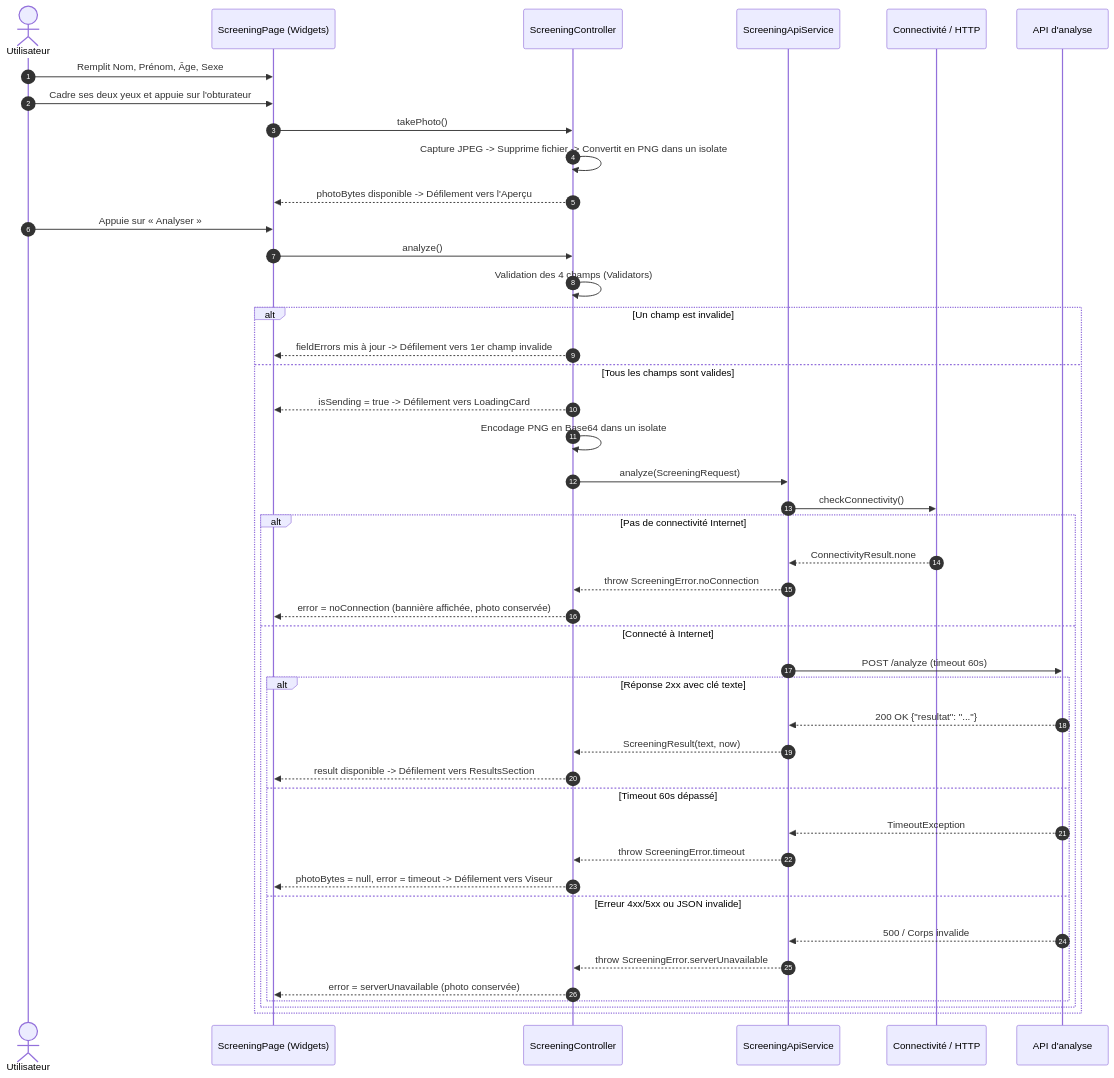
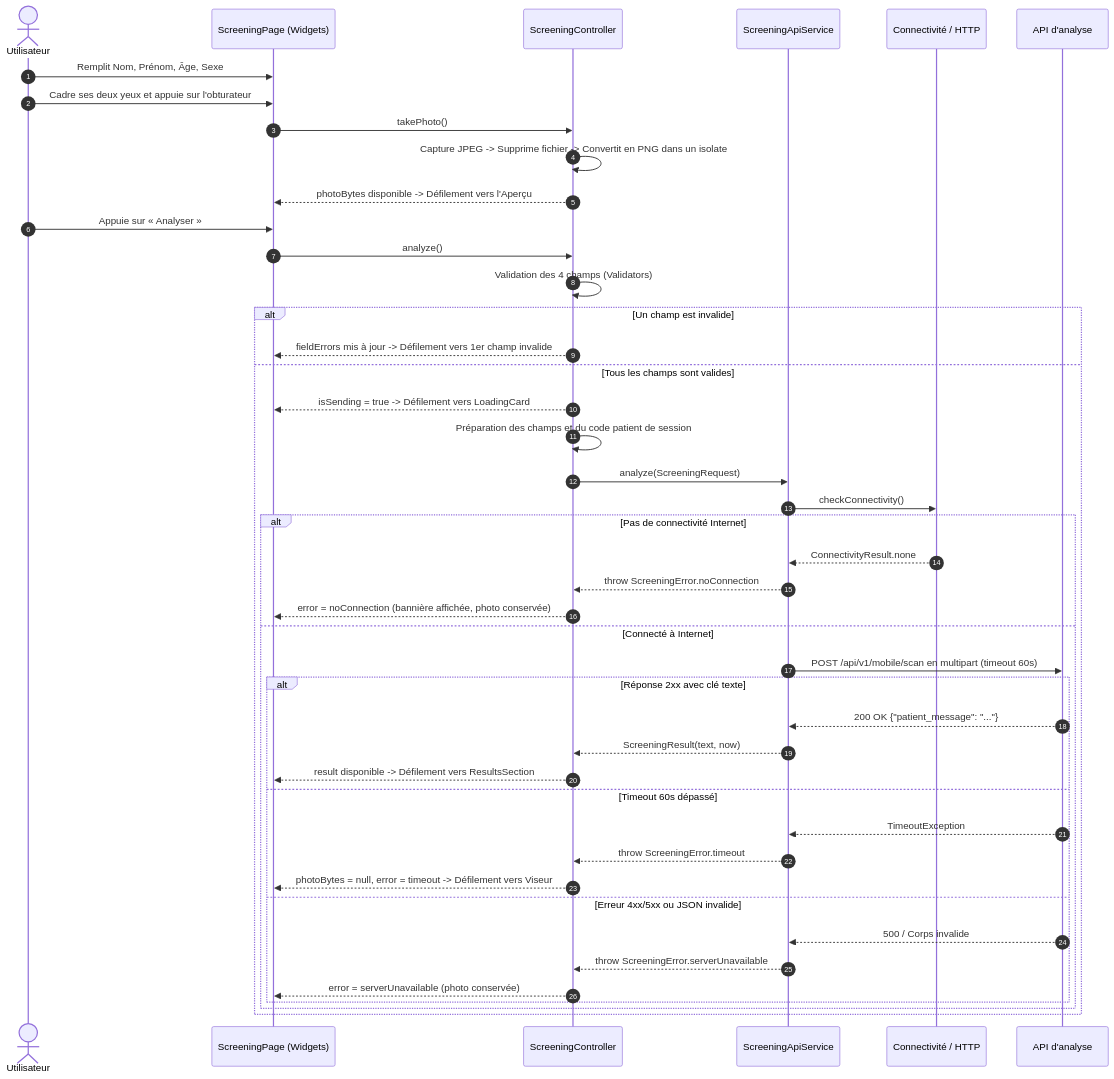
One commit to TresorAlad/Retinopathie changed the third of 3 diagrams in depiste_retino/docs/ARCHITECTURE.md. Above: the diagram before and after it, drawn with Mermaid. The commit also changed other lines of this file and 30 other files, not shown here.

````diff
--- a/depiste_retino/docs/ARCHITECTURE.md
+++ b/depiste_retino/docs/ARCHITECTURE.md
@@ -101,48 +101,48 @@
 ```mermaid
 sequenceDiagram
     autonumber
     actor Patient as Utilisateur
     participant UI as ScreeningPage (Widgets)
     participant Ctrl as ScreeningController
     participant Serv as ScreeningApiService
     participant Net as Connectivité / HTTP
     participant API as API d'analyse
 
     Patient->>UI: Remplit Nom, Prénom, Âge, Sexe
     Patient->>UI: Cadre ses deux yeux et appuie sur l'obturateur
     UI->>Ctrl: takePhoto()
     Ctrl->>Ctrl: Capture JPEG -> Supprime fichier -> Convertit en PNG dans un isolate
     Ctrl-->>UI: photoBytes disponible -> Défilement vers l'Aperçu
 
     Patient->>UI: Appuie sur « Analyser »
     UI->>Ctrl: analyze()
     Ctrl->>Ctrl: Validation des 4 champs (Validators)
     alt Un champ est invalide
         Ctrl-->>UI: fieldErrors mis à jour -> Défilement vers 1er champ invalide
     else Tous les champs sont valides
         Ctrl-->>UI: isSending = true -> Défilement vers LoadingCard
-        Ctrl->>Ctrl: Encodage PNG en Base64 dans un isolate
+        Ctrl->>Ctrl: Préparation des champs et du code patient de session
         Ctrl->>Serv: analyze(ScreeningRequest)
         Serv->>Net: checkConnectivity()
         alt Pas de connectivité Internet
             Net-->>Serv: ConnectivityResult.none
             Serv-->>Ctrl: throw ScreeningError.noConnection
             Ctrl-->>UI: error = noConnection (bannière affichée, photo conservée)
         else Connecté à Internet
-            Serv->>API: POST /analyze (timeout 60s)
+            Serv->>API: POST /api/v1/mobile/scan en multipart (timeout 60s)
             alt Réponse 2xx avec clé texte
-                API-->>Serv: 200 OK {"resultat": "..."}
+                API-->>Serv: 200 OK {"patient_message": "..."}
                 Serv-->>Ctrl: ScreeningResult(text, now)
                 Ctrl-->>UI: result disponible -> Défilement vers ResultsSection
             else Timeout 60s dépassé
                 API-->>Serv: TimeoutException
                 Serv-->>Ctrl: throw ScreeningError.timeout
                 Ctrl-->>UI: photoBytes = null, error = timeout -> Défilement vers Viseur
             else Erreur 4xx/5xx ou JSON invalide
                 API-->>Serv: 500 / Corps invalide
                 Serv-->>Ctrl: throw ScreeningError.serverUnavailable
                 Ctrl-->>UI: error = serverUnavailable (photo conservée)
             end
         end
     end
 ```
````
